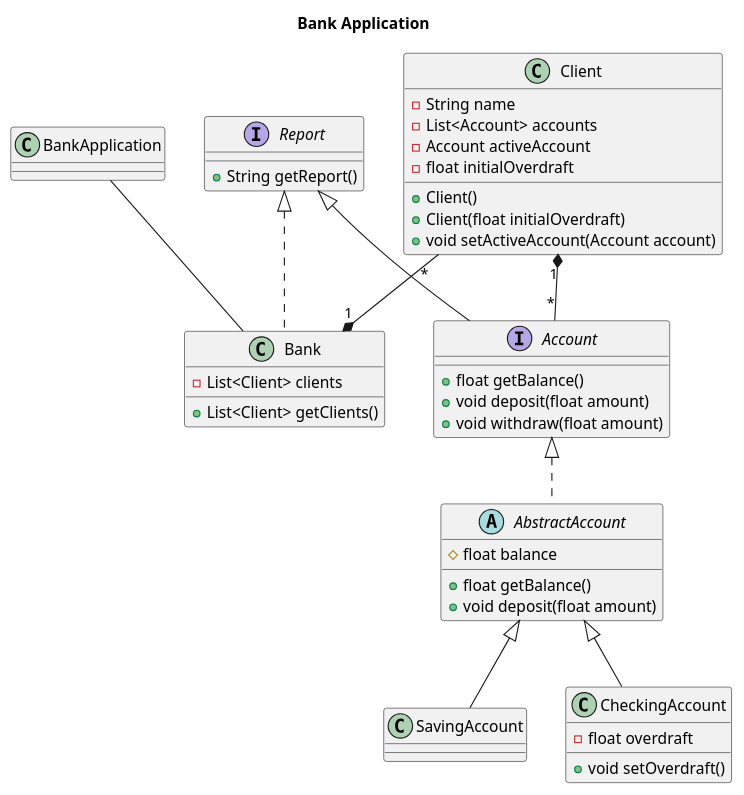
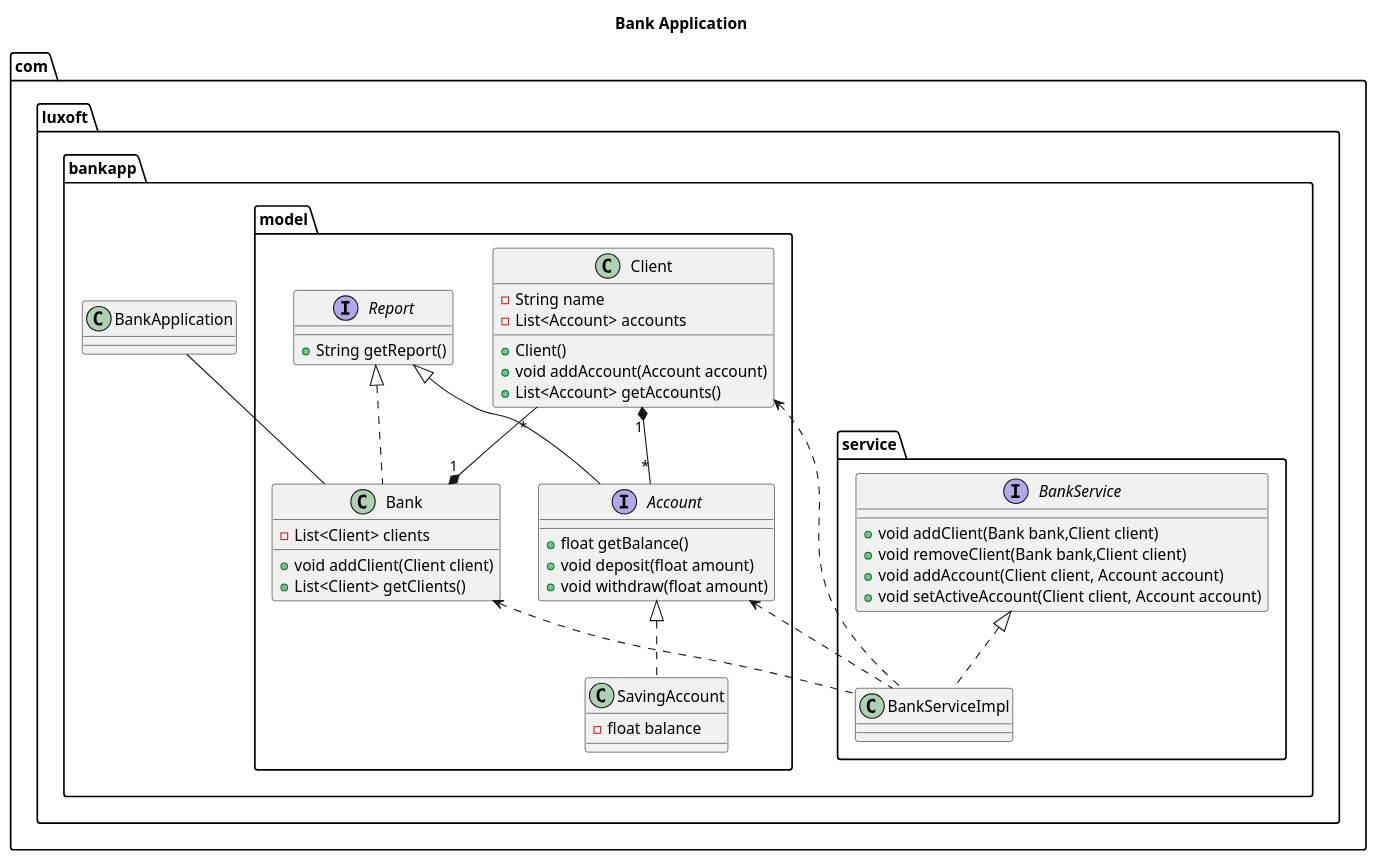
One commit to Vaysman/BankAppTask1 changed the diagram in src/main/resources/uml/Task1.2.puml. Above: the diagram before and after it, drawn with PlantUML. The commit also changed 11 other files, not shown here.

```diff
--- a/src/main/resources/uml/Task1.2.puml
+++ b/src/main/resources/uml/Task1.2.puml
@@ -1,57 +1,66 @@
 @startuml
 skinparam shadowing false
 
 title Bank Application
 
-class BankApplication
+package com.luxoft.bankapp.service {
+    interface BankService {
+        +void addClient(Bank bank,Client client)
+        +void removeClient(Bank bank,Client client)
+        +void addAccount(Client client, Account account)
+        +void setActiveAccount(Client client, Account account)
+    }
 
-class Client {
-  -String name
-  -List<Account> accounts
-  -Account activeAccount
-  -float initialOverdraft
-  +Client()
-  +Client(float initialOverdraft)
-  +void setActiveAccount(Account account)
+    class BankServiceImpl
+
+    BankService <|.. BankServiceImpl
 }
 
-interface Report {
-  +String getReport()
+package com.luxoft.bankapp {
+    class BankApplication
 }
 
-class Bank {
-  -List<Client> clients
-  +List<Client> getClients()
-}
+package com.luxoft.bankapp.model {
+    class Client {
+      -String name
+      -List<Account> accounts
+      +Client()
+      +void addAccount(Account account)
+      +List<Account> getAccounts()
+    }
 
-interface Account {
-  +float getBalance()
-  +void deposit(float amount)
-  +void withdraw(float amount)
-}
+    interface Report {
+      +String getReport()
+    }
 
-abstract class AbstractAccount {
-  #float balance
-  +float getBalance()
-  +void deposit(float amount)
-}
+    class Bank {
+      -List<Client> clients
+      +void addClient(Client client)
+      +List<Client> getClients()
+    }
 
-class SavingAccount
+    interface Account {
+      +float getBalance()
+      +void deposit(float amount)
+      +void withdraw(float amount)
+    }
 
-class CheckingAccount {
-  -float overdraft
-  +void setOverdraft()
+    class SavingAccount {
+      -float balance
+    }
 }
 
 
 Client "1" *-- "*" Account
 Client "*" --* "1" Bank
 Report  <|-- Account
-Account <|.. AbstractAccount
-AbstractAccount <|-- SavingAccount
-AbstractAccount <|-- CheckingAccount
+Account <|.. SavingAccount
 Report <|.. Bank
+
 BankApplication -- Bank
 
+Bank <.. BankServiceImpl
+Client <.. BankServiceImpl
+Account <.. BankServiceImpl
 
 @enduml
```
